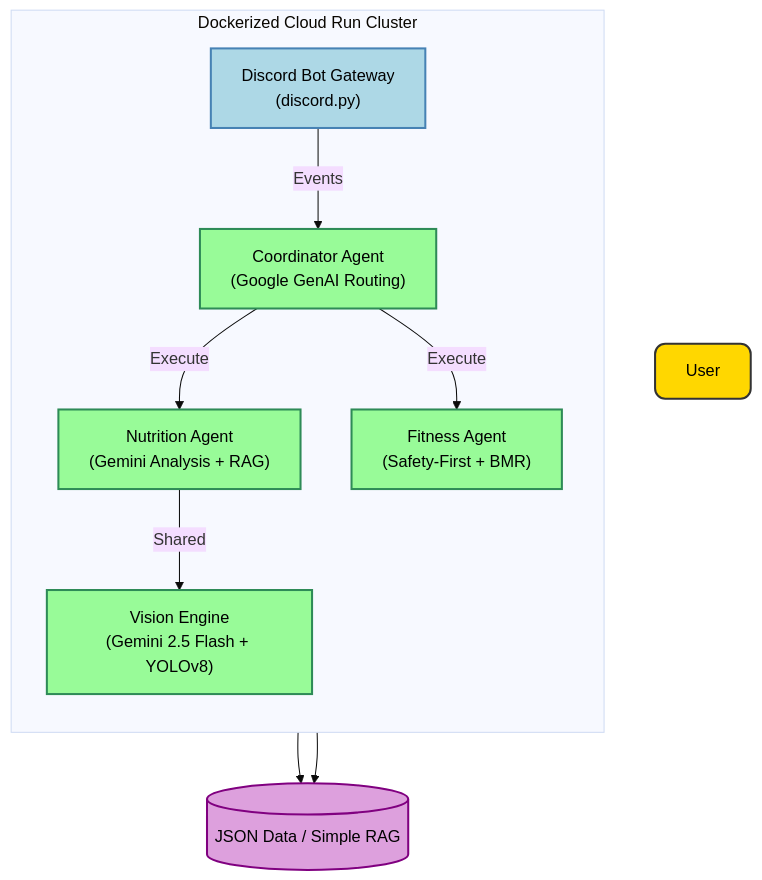
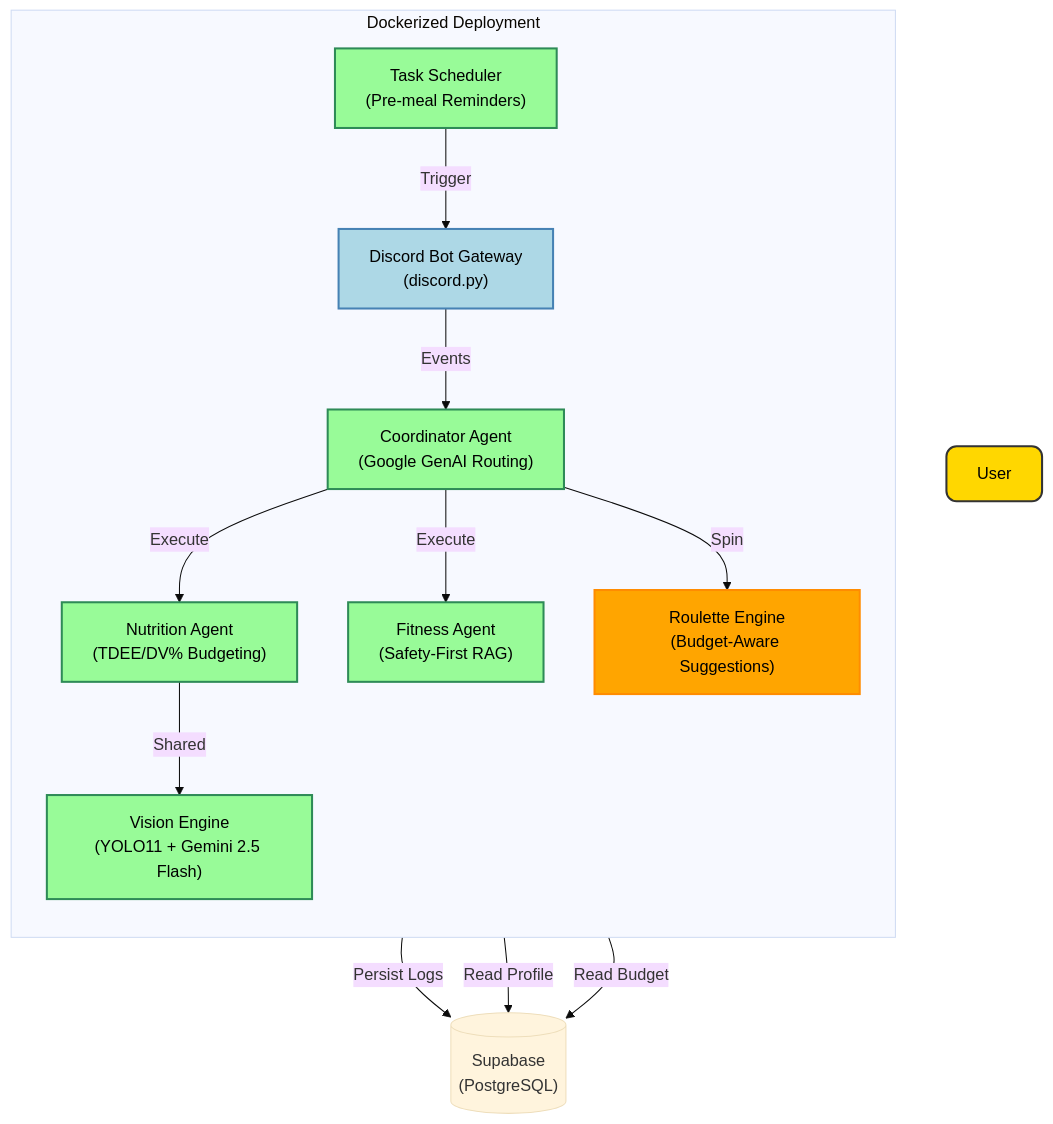
One commit to kevinhust/capstonetest changed the second of 2 diagrams in docs/engineering/explanation/L2-Application-Architecture.md. Above: the diagram before and after it, drawn with Mermaid (base theme). The commit also changed other lines of this file and 43 other files, not shown here.

````diff
--- a/docs/engineering/explanation/L2-Application-Architecture.md
+++ b/docs/engineering/explanation/L2-Application-Architecture.md
@@ -38,28 +41,34 @@
 ```mermaid
 graph TB
     %% Styles
     classDef user fill:#FFD700,stroke:#333,stroke-width:2px,color:black,rx:10,ry:10;
     classDef ui fill:#ADD8E6,stroke:#4682B4,stroke-width:2px,color:black;
     classDef logic fill:#98FB98,stroke:#2E8B57,stroke-width:2px,color:black;
     classDef db fill:#DDA0DD,stroke:#800080,stroke-width:2px,color:black,shape:cylinder;
+    classDef game fill:#FFA500,stroke:#FF8C00,stroke-width:2px,color:black;
 
     User[User]:::user
-    
-    subgraph "Dockerized Cloud Run Cluster"
+
+    subgraph "Dockerized Deployment"
         direction TB
         UI["Discord Bot Gateway<br/>(discord.py)"]:::ui
         Coord["Coordinator Agent<br/>(Google GenAI Routing)"]:::logic
-        Vision["Vision Engine<br/>(Gemini 2.5 Flash + YOLOv8)"]:::logic
-        NutSvc["Nutrition Agent<br/>(Gemini Analysis + RAG)"]:::logic
-        FitSvc["Fitness Agent<br/>(Safety-First + BMR)"]:::logic
-        
+        Vision["Vision Engine<br/>(YOLO11 + Gemini 2.5 Flash)"]:::logic
+        NutSvc["Nutrition Agent<br/>(TDEE/DV% Budgeting)"]:::logic
+        FitSvc["Fitness Agent<br/>(Safety-First RAG)"]:::logic
+        Roulette["Roulette Engine<br/>(Budget-Aware Suggestions)"]:::game
+        Scheduler["Task Scheduler<br/>(Pre-meal Reminders)"]:::logic
+
         UI -->|Events| Coord
         Coord -->|Execute| NutSvc
         Coord -->|Execute| FitSvc
+        Coord -->|Spin| Roulette
         NutSvc -->|Shared| Vision
+        Scheduler -->|Trigger| UI
     end
-    
-    VDB[("JSON Data / Simple RAG")]:::db
-    NutSvc --> VDB
-    FitSvc --> VDB
+
+    SupaDB[("Supabase<br/>(PostgreSQL)")];
+    NutSvc -->|Persist Logs| SupaDB
+    FitSvc -->|Read Profile| SupaDB
+    Roulette -->|Read Budget| SupaDB
 ```
````
